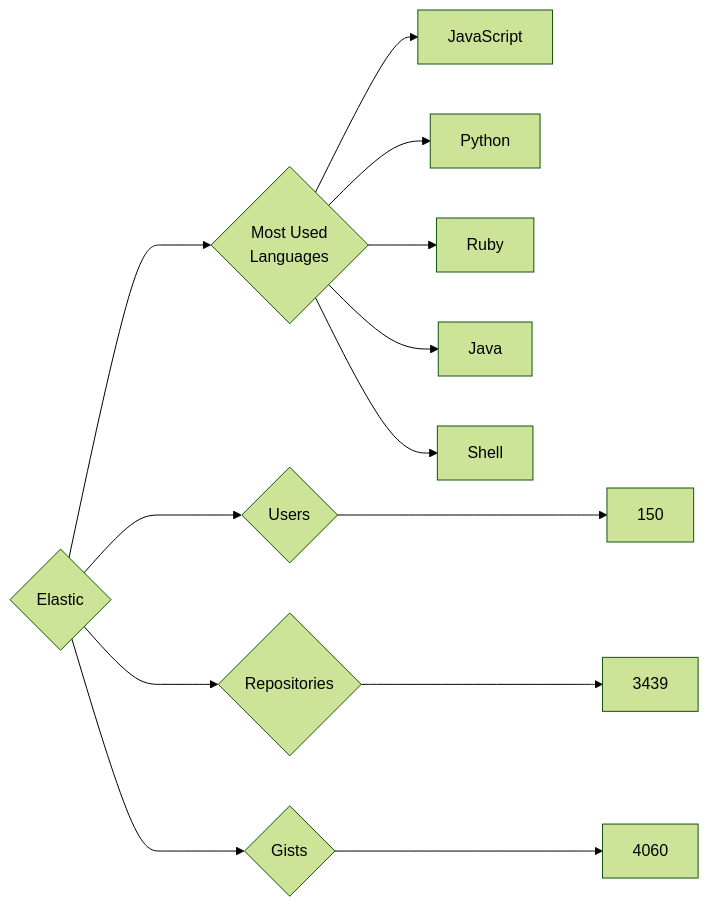
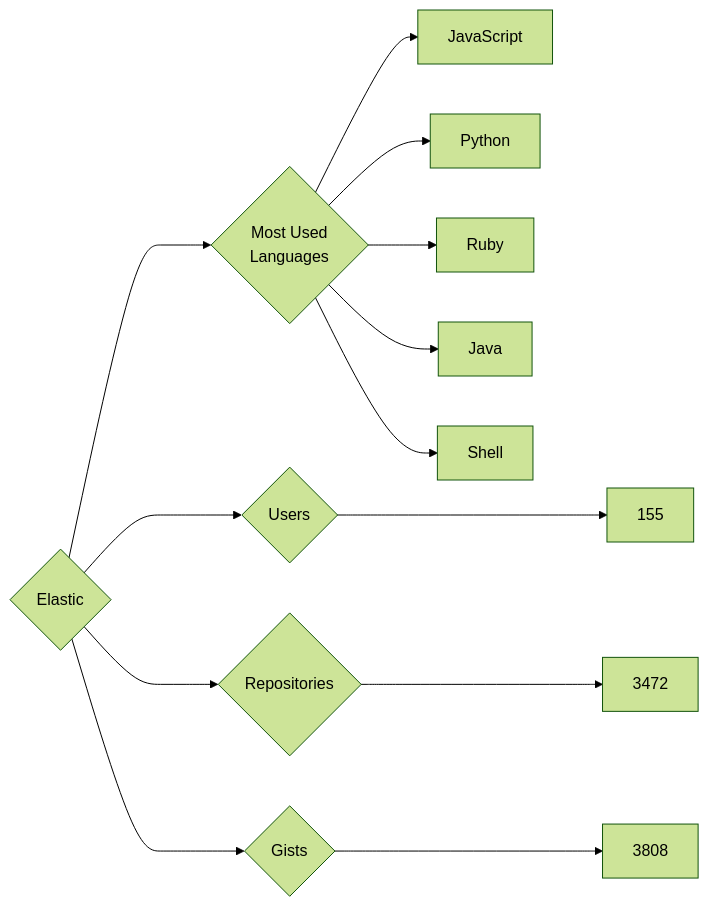
The diagram in targets/Elastic/README.md (trickest/insiders), drawn with Mermaid (forest theme) before and after one commit. The commit also changed 693 other files, not shown here.

````diff
--- a/targets/Elastic/README.md
+++ b/targets/Elastic/README.md
@@ -3,13 +3,13 @@
 ```mermaid
 graph LR
 COMPANY_NAME{Elastic}
-COMPANY_NAME ---> U{Users} ---> UN[150]
-COMPANY_NAME ---> R{Repositories} ---> RN[3439]
-COMPANY_NAME ---> G{Gists} ---> GN[4060]
+COMPANY_NAME ---> U{Users} ---> UN[155]
+COMPANY_NAME ---> R{Repositories} ---> RN[3472]
+COMPANY_NAME ---> G{Gists} ---> GN[3808]
 COMPANY_NAME ---> ML{Most Used<br>Languages}
 ML --> JavaScript[JavaScript]
 ML --> Python[Python]
 ML --> Ruby[Ruby]
 ML --> Java[Java]
 ML --> Shell[Shell]
 ```
````
